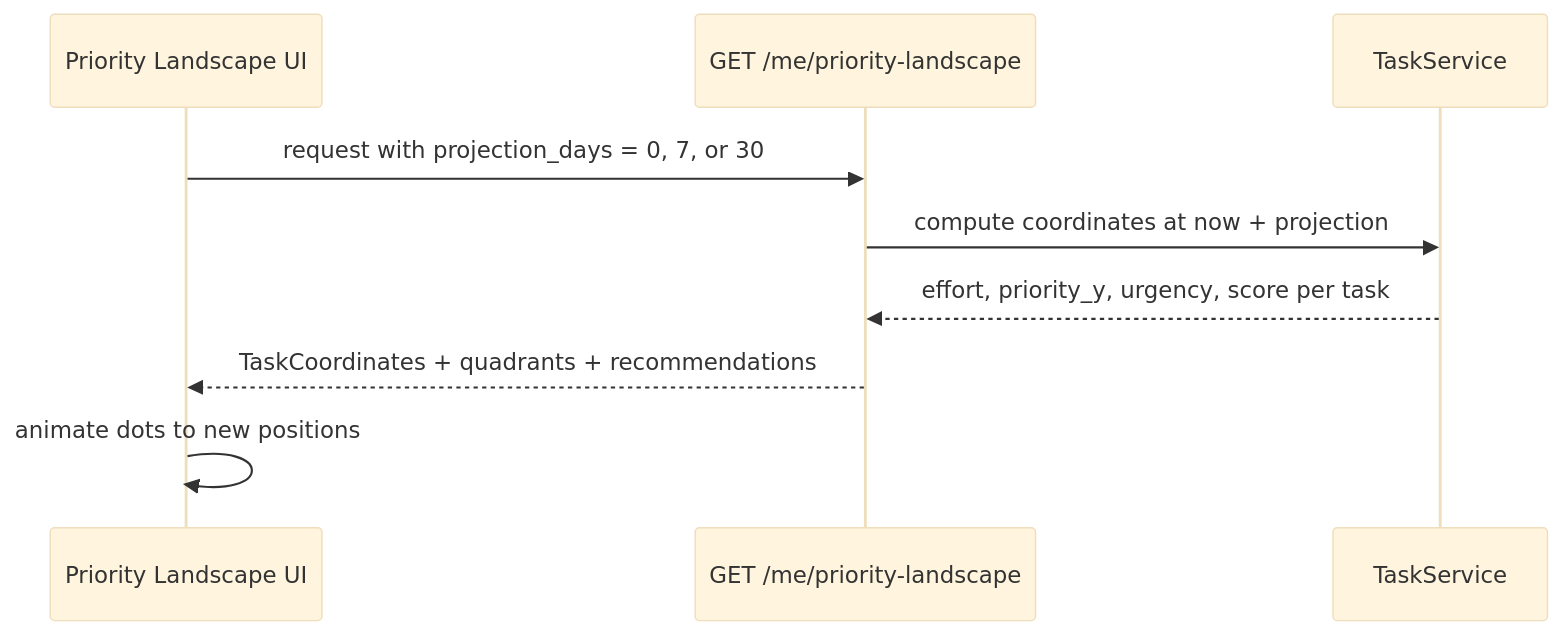
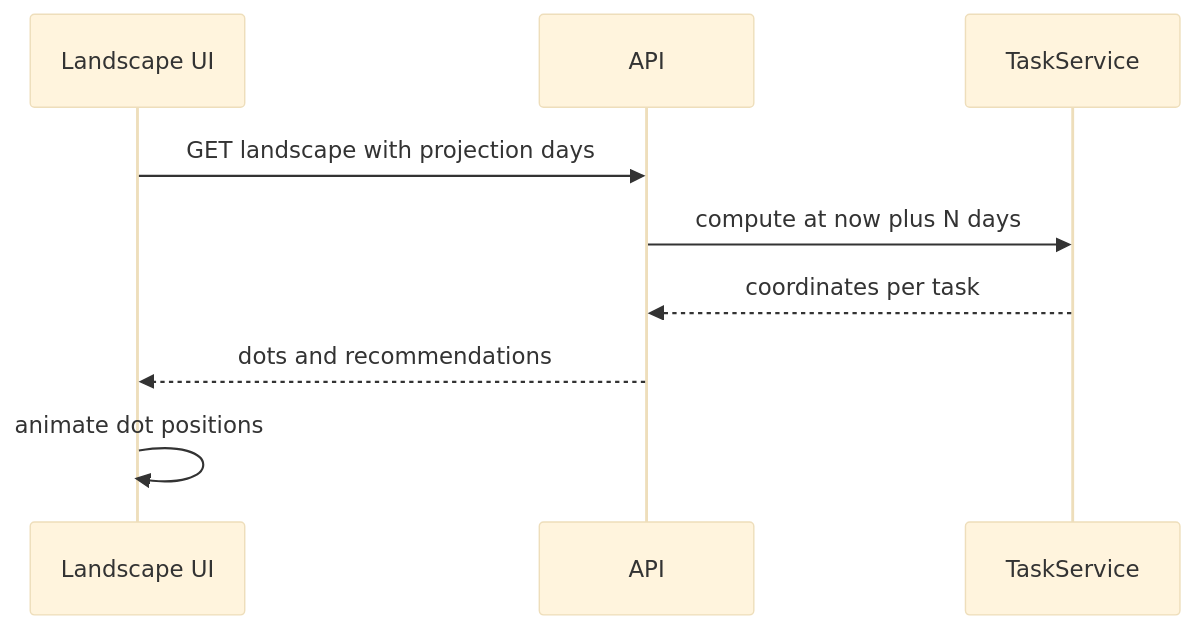
One commit to JadMzk/Ike changed the fourth of 4 diagrams in docs/priority-landscape.md. Above: the diagram before and after it, drawn with Mermaid (base theme). The commit also changed other lines of this file and 4 other files, not shown here.

````diff
--- a/docs/priority-landscape.md
+++ b/docs/priority-landscape.md
@@ -118,12 +114,12 @@
 ```mermaid
 sequenceDiagram
-    participant UI as Priority Landscape UI
-    participant API as GET /me/priority-landscape
+    participant UI as Landscape UI
+    participant API as API
     participant TS as TaskService
 
-    UI->>API: request with projection_days = 0, 7, or 30
-    API->>TS: compute coordinates at now + projection
-    TS-->>API: effort, priority_y, urgency, score per task
-    API-->>UI: TaskCoordinates + quadrants + recommendations
-    UI->>UI: animate dots to new positions
+    UI->>API: GET landscape with projection days
+    API->>TS: compute at now plus N days
+    TS-->>API: coordinates per task
+    API-->>UI: dots and recommendations
+    UI->>UI: animate dot positions
 ```
````
